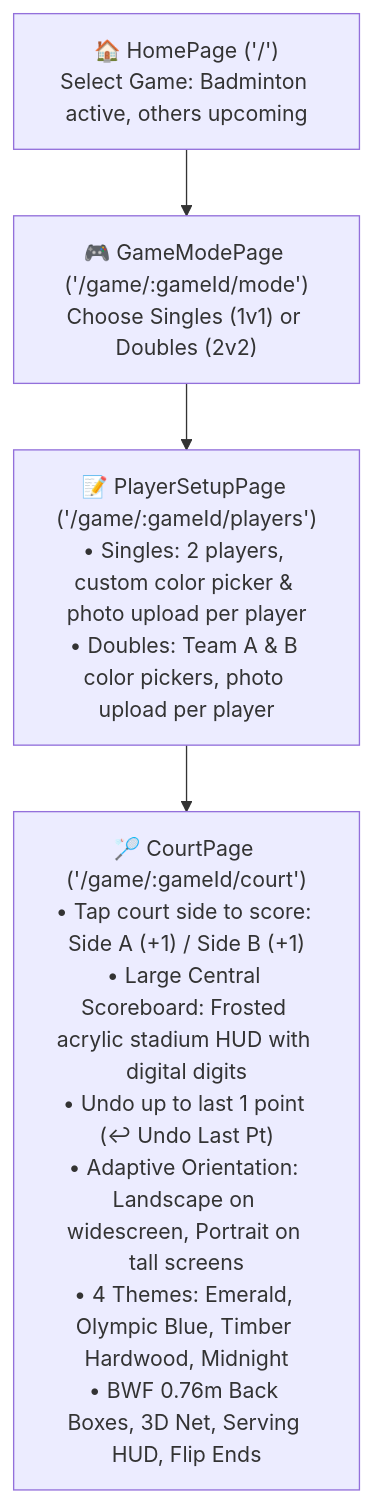
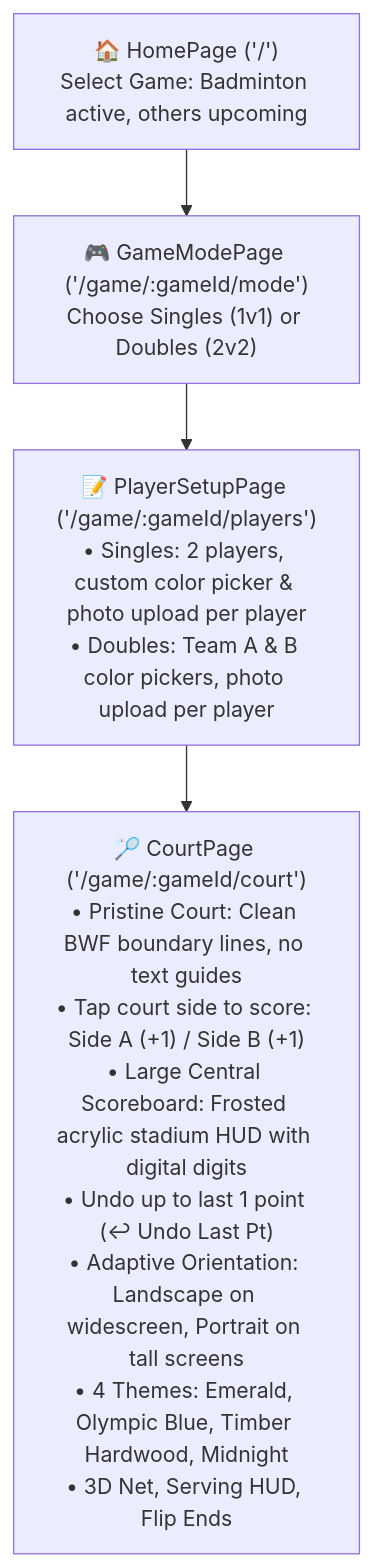
One commit to Pradeep-elangovan/Shuttle-score changed the diagram in PROJECT_STATUS.md. Above: the diagram before and after it, drawn with Mermaid. The commit also changed other lines of this file and 2 other files, not shown here.

Commit message:
Remove all text guides and badges for a pristine, clean court UI

````diff
--- a/PROJECT_STATUS.md
+++ b/PROJECT_STATUS.md
@@ -30,6 +30,6 @@
 ```mermaid
 flowchart TD
     A["🏠 HomePage ('/')\nSelect Game: Badminton active, others upcoming"] --> B["🎮 GameModePage ('/game/:gameId/mode')\nChoose Singles (1v1) or Doubles (2v2)"]
     B --> C["📝 PlayerSetupPage ('/game/:gameId/players')\n• Singles: 2 players, custom color picker & photo upload per player\n• Doubles: Team A & B color pickers, photo upload per player"]
-    C --> D["🏸 CourtPage ('/game/:gameId/court')\n• Tap court side to score: Side A (+1) / Side B (+1)\n• Large Central Scoreboard: Frosted acrylic stadium HUD with digital digits\n• Undo up to last 1 point (↩ Undo Last Pt)\n• Adaptive Orientation: Landscape on widescreen, Portrait on tall screens\n• 4 Themes: Emerald, Olympic Blue, Timber Hardwood, Midnight\n• BWF 0.76m Back Boxes, 3D Net, Serving HUD, Flip Ends"]
+    C --> D["🏸 CourtPage ('/game/:gameId/court')\n• Pristine Court: Clean BWF boundary lines, no text guides\n• Tap court side to score: Side A (+1) / Side B (+1)\n• Large Central Scoreboard: Frosted acrylic stadium HUD with digital digits\n• Undo up to last 1 point (↩ Undo Last Pt)\n• Adaptive Orientation: Landscape on widescreen, Portrait on tall screens\n• 4 Themes: Emerald, Olympic Blue, Timber Hardwood, Midnight\n• 3D Net, Serving HUD, Flip Ends"]
 ```
````
